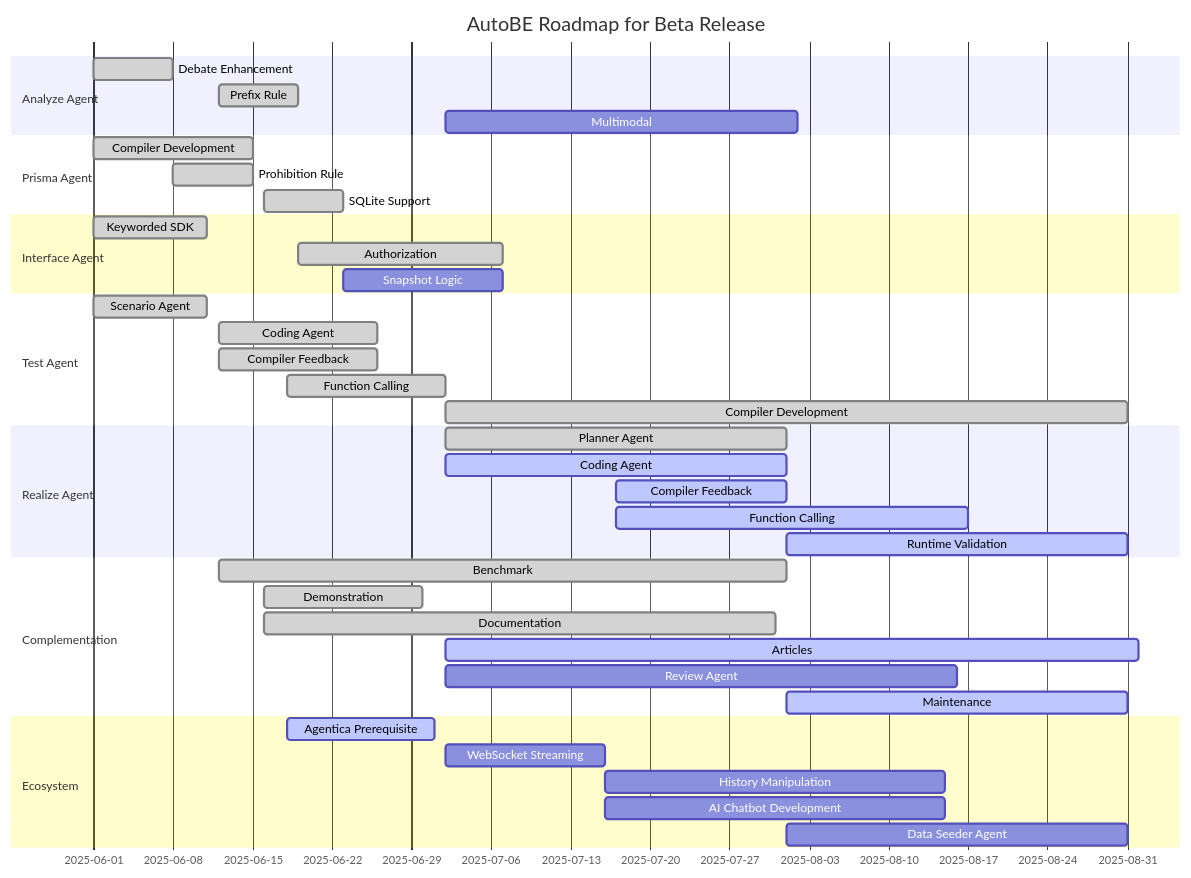
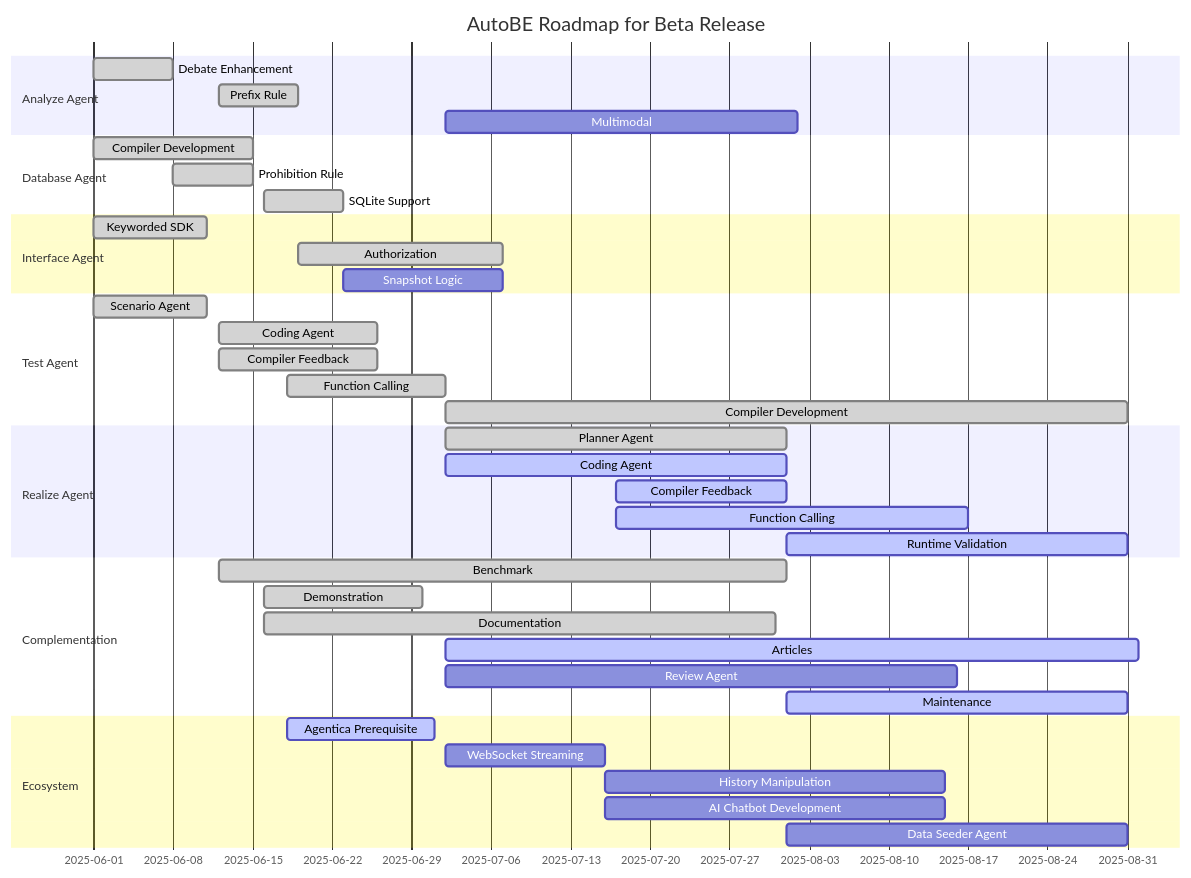
The third of 3 diagrams in website/articles/dev.to/autobe-ai-friendly-compilers.md (RavenView-ai/autobe), drawn with Mermaid before and after one commit. The commit also changed other lines of this file and 355 other files, not shown here.

First line of the commit message:
feat(interface): renaming from prisma to database (#886)

````diff
--- a/website/articles/dev.to/autobe-ai-friendly-compilers.md
+++ b/website/articles/dev.to/autobe-ai-friendly-compilers.md
@@ -226,49 +226,49 @@
 ```mermaid
 gantt
   dateFormat YYYY-MM-DD
   title AutoBE Roadmap for Beta Release
 
   section Analyze Agent
   Debate Enhancement: done,    2025-06-01,  7d
   Prefix Rule:        done,    2025-06-12,  7d
   Multimodal:         planned, 2025-07-02, 31d
 
-  section Prisma Agent
+  section Database Agent
   Compiler Development: done, 2025-06-01, 14d
   Prohibition Rule:     done, 2025-06-08,  7d
   SQLite Support:       done, 2025-06-16,  7d
 
   section Interface Agent
   Keyworded SDK:  done,    2025-06-01, 10d
   Authorization:  done,    2025-06-19, 18d
   Snapshot Logic: planned, 2025-06-23, 14d
 
   section Test Agent
   Scenario Agent:       done, 2025-06-01, 10d        
   Coding Agent:         done, 2025-06-12, 14d
   Compiler Feedback:    done, 2025-06-12, 14d
   Function Calling:     done, 2025-06-18, 14d
   Compiler Development: done, 2025-07-02, 60d
 
   section Realize Agent
   Planner Agent:      done,   2025-07-02, 30d
   Coding Agent:       active, 2025-07-02, 30d
   Compiler Feedback:  active, 2025-07-17, 15d
   Function Calling:   active, 2025-07-17, 31d
   Runtime Validation: active, 2025-08-01, 30d
 
   section Complementation
   Benchmark:     done,    2025-06-12, 50d
   Demonstration: done,    2025-06-16, 14d
   Documentation: done,    2025-06-16, 45d
   Articles:      active,  2025-07-02, 61d
   Review Agent:  planned, 2025-07-02, 45d
   Maintenance:   active,  2025-08-01, 30d
 
   section Ecosystem
   Agentica Prerequisite:  active,  2025-06-18, 13d
   WebSocket Streaming:    planned, 2025-07-02, 14d
   History Manipulation:   planned, 2025-07-16, 30d
   AI Chatbot Development: planned, 2025-07-16, 30d
   Data Seeder Agent:      planned, 2025-08-01, 30d
 ```
````
